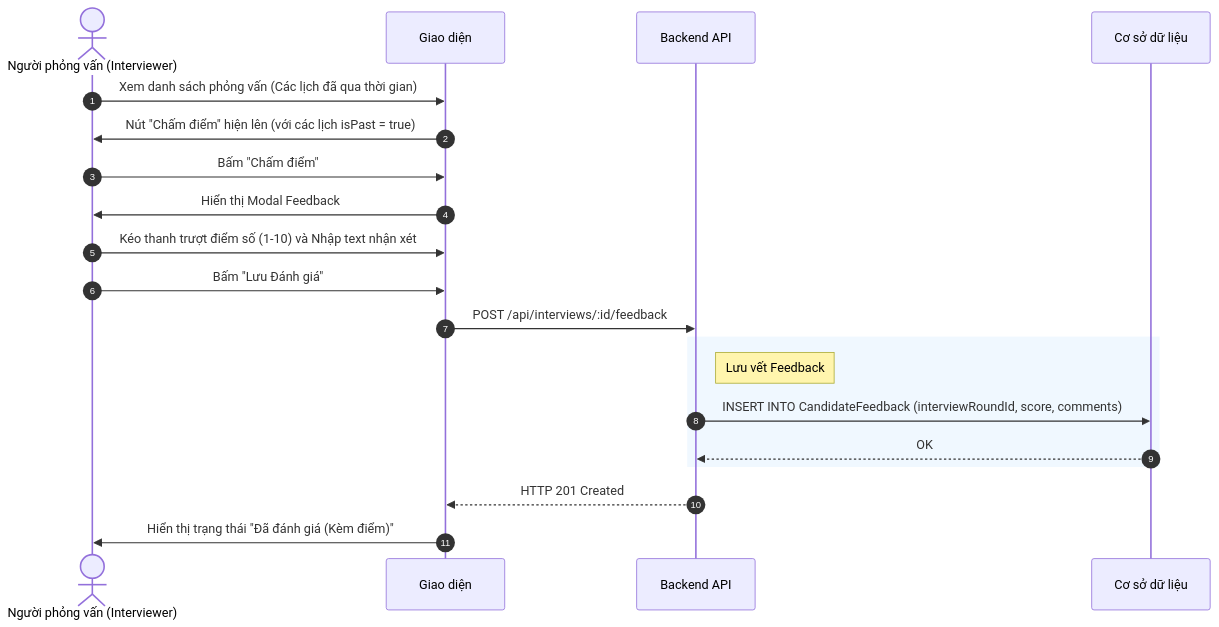
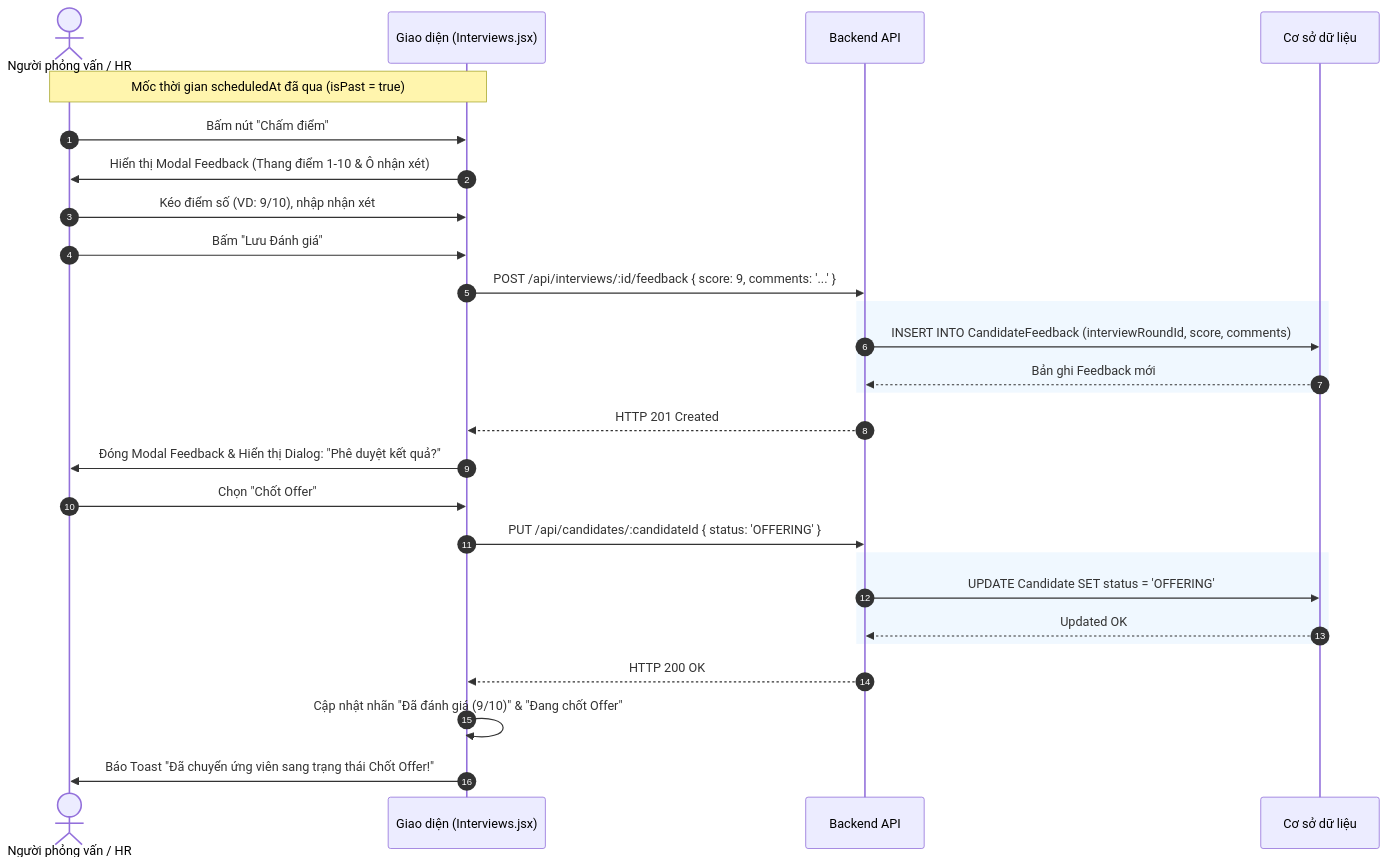
One commit to aye2710/HRM-DATN changed the seventh of 7 diagrams in docs/Tài liệu phân tích nghiệp vụ từng module/Module Tuyển dụng/Chuc-nang-Phong-van.md. Above: the diagram before and after it, drawn with Mermaid. The commit also changed other lines of this file and 27 other files, not shown here.

````diff
--- a/docs/Tài liệu phân tích nghiệp vụ từng module/Module Tuyển dụng/Chuc-nang-Phong-van.md
+++ b/docs/Tài liệu phân tích nghiệp vụ từng module/Module Tuyển dụng/Chuc-nang-Phong-van.md
@@ -46,27 +265,35 @@
 ```mermaid
 sequenceDiagram
     autonumber
-    actor IV as Người phỏng vấn (Interviewer)
-    participant FE as Giao diện
+    actor IV as Người phỏng vấn / HR
+    participant FE as Giao diện (Interviews.jsx)
     participant BE as Backend API
     participant DB as Cơ sở dữ liệu
 
-    IV->>FE: Xem danh sách phỏng vấn (Các lịch đã qua thời gian)
-    FE->>IV: Nút "Chấm điểm" hiện lên (với các lịch isPast = true)
-    IV->>FE: Bấm "Chấm điểm"
-    FE->>IV: Hiển thị Modal Feedback
+    Note over IV, FE: Mốc thời gian scheduledAt đã qua (isPast = true)
+    IV->>FE: Bấm nút "Chấm điểm"
+    FE->>IV: Hiển thị Modal Feedback (Thang điểm 1-10 & Ô nhận xét)
     
-    IV->>FE: Kéo thanh trượt điểm số (1-10) và Nhập text nhận xét
+    IV->>FE: Kéo điểm số (VD: 9/10), nhập nhận xét
     IV->>FE: Bấm "Lưu Đánh giá"
     
-    FE->>BE: POST /api/interviews/:id/feedback
+    FE->>BE: POST /api/interviews/:id/feedback { score: 9, comments: '...' }
+    rect rgb(240, 248, 255)
+        BE->>DB: INSERT INTO CandidateFeedback (interviewRoundId, score, comments)
+        DB-->>BE: Bản ghi Feedback mới
+    end
+    BE-->>FE: HTTP 201 Created
     
+    FE->>IV: Đóng Modal Feedback & Hiển thị Dialog: "Phê duyệt kết quả?"
+    IV->>FE: Chọn "Chốt Offer"
+    
+    FE->>BE: PUT /api/candidates/:candidateId { status: 'OFFERING' }
     rect rgb(240, 248, 255)
-        note right of BE: Lưu vết Feedback
-        BE->>DB: INSERT INTO CandidateFeedback (interviewRoundId, score, comments)
-        DB-->>BE: OK
+        BE->>DB: UPDATE Candidate SET status = 'OFFERING'
+        DB-->>BE: Updated OK
     end
+    BE-->>FE: HTTP 200 OK
     
-    BE-->>FE: HTTP 201 Created
-    FE->>IV: Hiển thị trạng thái "Đã đánh giá (Kèm điểm)"
+    FE->>FE: Cập nhật nhãn "Đã đánh giá (9/10)" & "Đang chốt Offer"
+    FE->>IV: Báo Toast "Đã chuyển ứng viên sang trạng thái Chốt Offer!"
 ```
````
